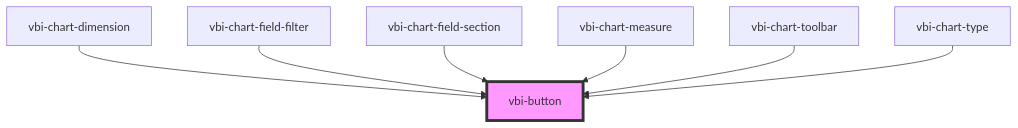
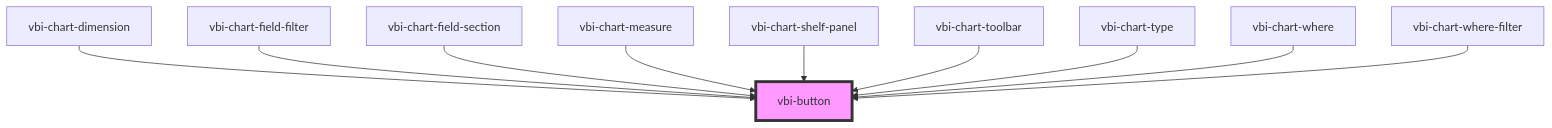
One commit to Ditto190/VBI-modme changed the diagram in packages/vbi-component/src/components/ui/vbi-button/readme.md. Above: the diagram before and after it, drawn with Mermaid. The commit also changed other lines of this file and 21 other files, not shown here.

Commit message:
refactor(vbi-component): move filter root operator logic to shelf panel

````diff
--- a/packages/vbi-component/src/components/ui/vbi-button/readme.md
+++ b/packages/vbi-component/src/components/ui/vbi-button/readme.md
@@ -31,10 +34,13 @@
 ```mermaid
 graph TD;
   vbi-chart-dimension --> vbi-button
   vbi-chart-field-filter --> vbi-button
   vbi-chart-field-section --> vbi-button
   vbi-chart-measure --> vbi-button
+  vbi-chart-shelf-panel --> vbi-button
   vbi-chart-toolbar --> vbi-button
   vbi-chart-type --> vbi-button
+  vbi-chart-where --> vbi-button
+  vbi-chart-where-filter --> vbi-button
   style vbi-button fill:#f9f,stroke:#333,stroke-width:4px
 ```
````
